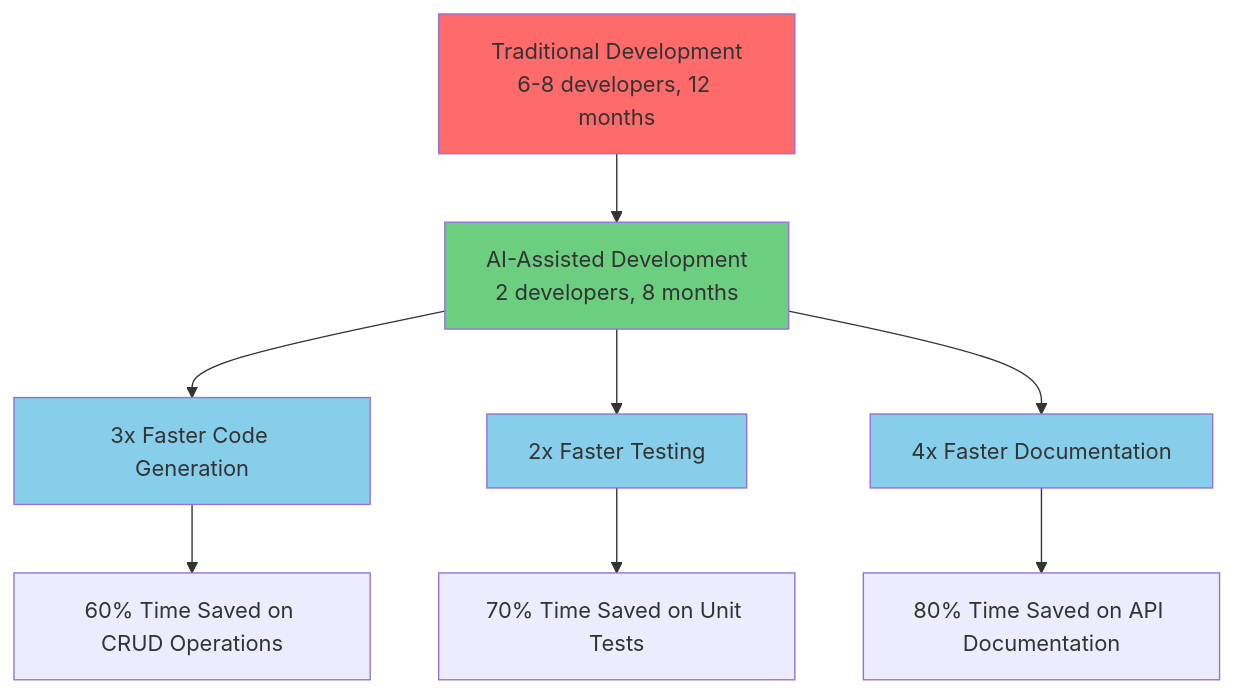
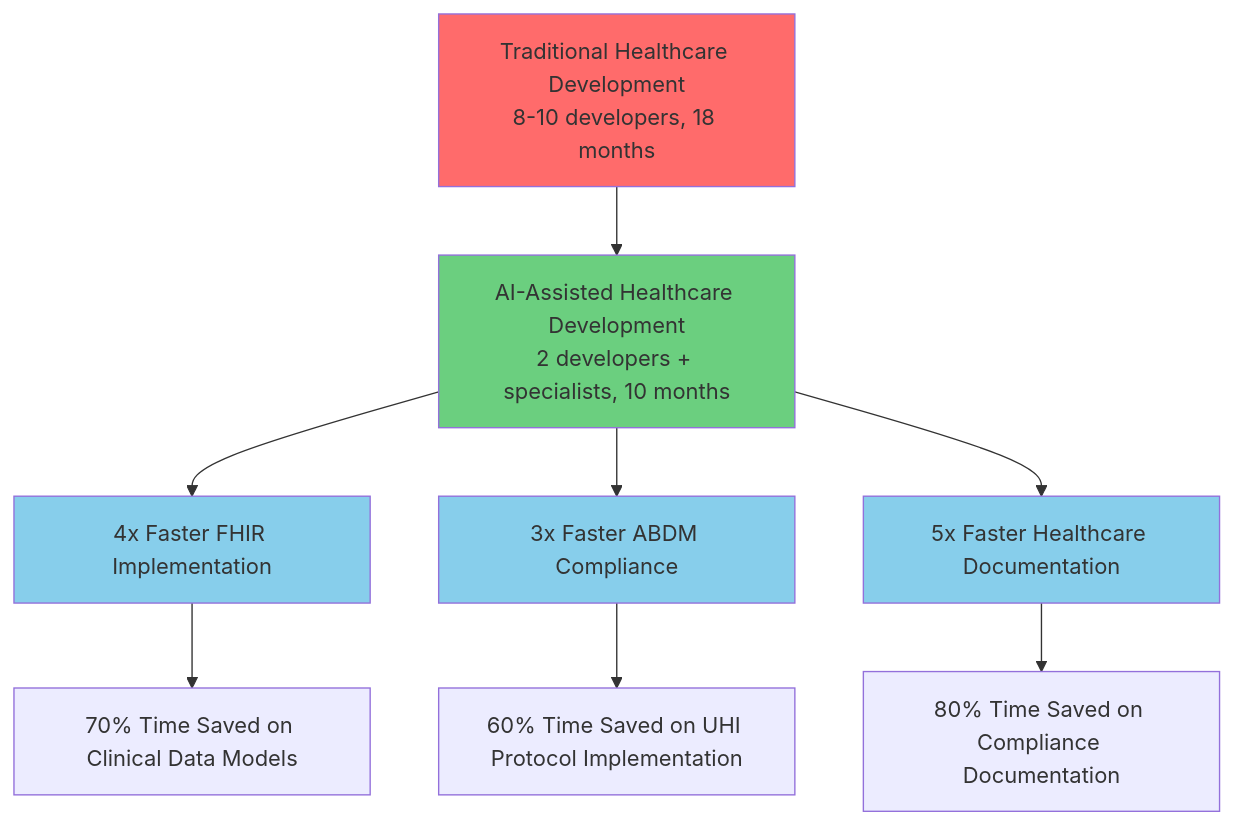
The fifth of 11 diagrams in 05-implementation-plan.md (health-tech-uhi/blueprint), drawn with Mermaid before and after one commit. The commit also changed other lines of this file and 8 other files, not shown here.

````diff
--- a/05-implementation-plan.md
+++ b/05-implementation-plan.md
@@ -499,18 +599,18 @@
 ```mermaid
 flowchart TD
-    A[Traditional Development<br/>6-8 developers, 12 months] --> B[AI-Assisted Development<br/>2 developers, 8 months]
+    A[Traditional Healthcare Development<br/>8-10 developers, 18 months] --> B[AI-Assisted Healthcare Development<br/>2 developers + specialists, 10 months]
     
-    B --> C[3x Faster Code Generation]
-    B --> D[2x Faster Testing]
-    B --> E[4x Faster Documentation]
+    B --> C[4x Faster FHIR Implementation]
+    B --> D[3x Faster ABDM Compliance]
+    B --> E[5x Faster Healthcare Documentation]
     
-    C --> F[60% Time Saved on CRUD Operations]
-    D --> G[70% Time Saved on Unit Tests]
-    E --> H[80% Time Saved on API Documentation]
+    C --> F[70% Time Saved on Clinical Data Models]
+    D --> G[60% Time Saved on UHI Protocol Implementation]
+    E --> H[80% Time Saved on Compliance Documentation]
     
     style A fill:#ff6b6b
     style B fill:#6bcf7f
     style C fill:#87ceeb
     style D fill:#87ceeb
     style E fill:#87ceeb
 ```
````
